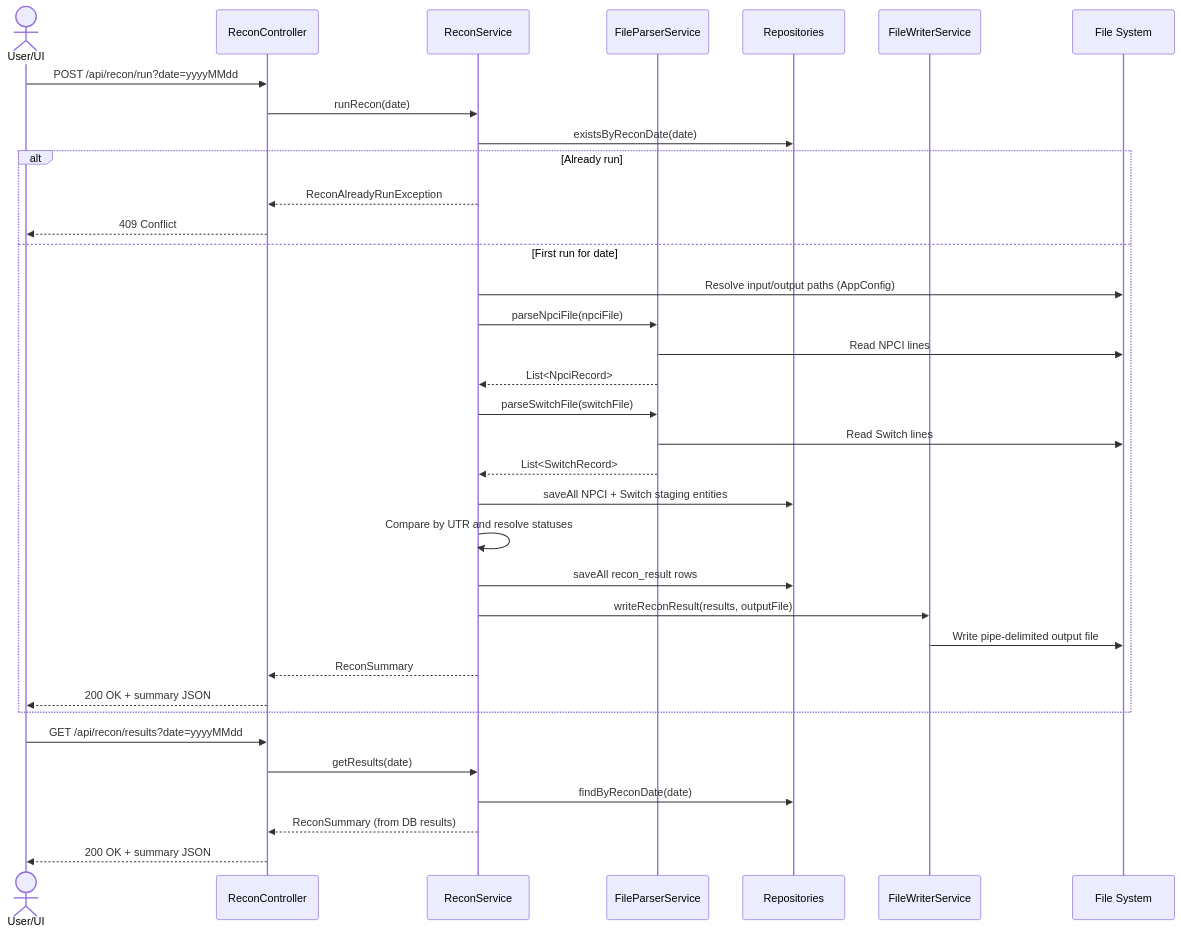
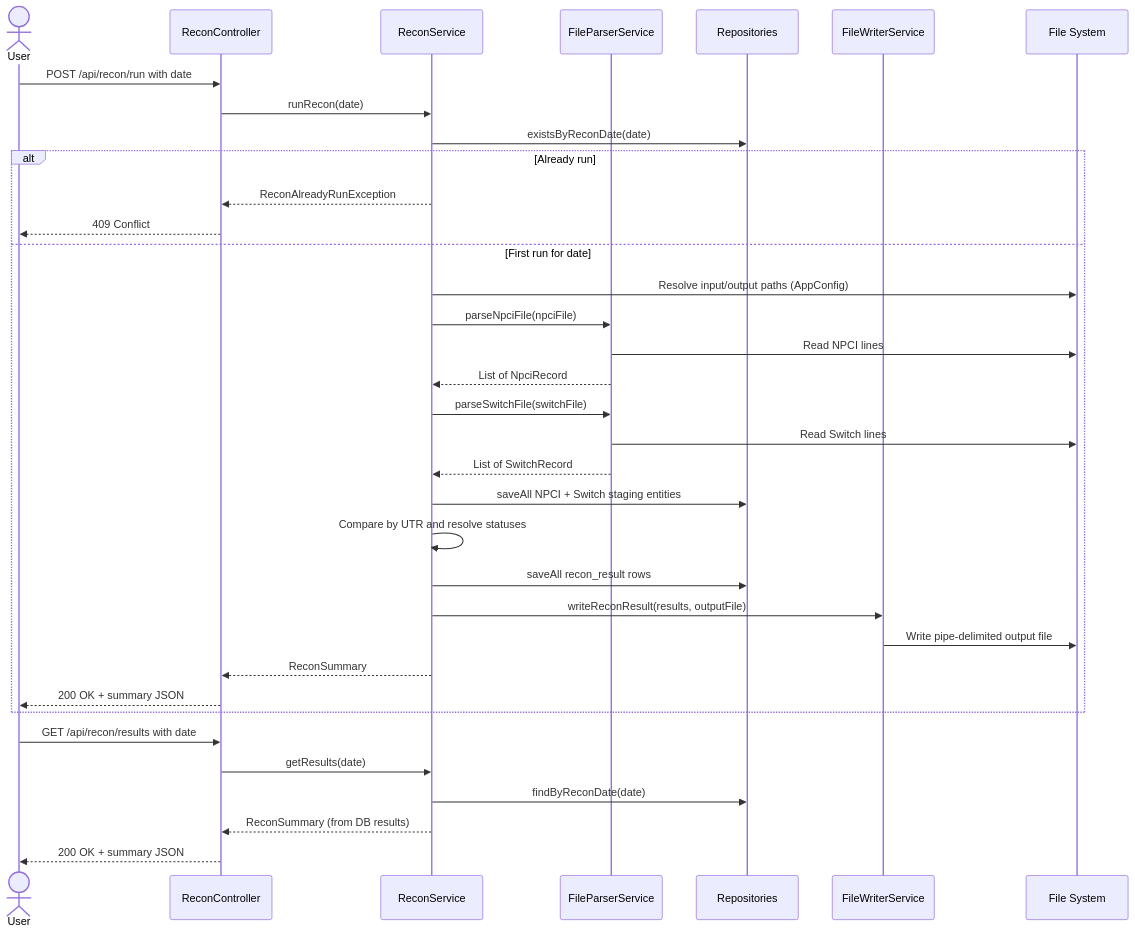
One commit to 913165/recon_app_v1 changed the second of 2 diagrams in diagrams.md. Above: the diagram before and after it, drawn with Mermaid. The commit also changed other lines of this file, not shown here.

Commit message:
diagram commited

````diff
--- a/diagrams.md
+++ b/diagrams.md
@@ -30,39 +30,39 @@
 ```mermaid
 sequenceDiagram
-    actor U as User/UI
+    actor U as User
     participant RC as ReconController
     participant RS as ReconService
     participant FP as FileParserService
     participant DB as Repositories
     participant FW as FileWriterService
     participant FS as File System
 
-    U->>RC: POST /api/recon/run?date=yyyyMMdd
+    U->>RC: POST /api/recon/run with date
     RC->>RS: runRecon(date)
     RS->>DB: existsByReconDate(date)
     alt Already run
         RS-->>RC: ReconAlreadyRunException
         RC-->>U: 409 Conflict
     else First run for date
         RS->>FS: Resolve input/output paths (AppConfig)
         RS->>FP: parseNpciFile(npciFile)
         FP->>FS: Read NPCI lines
-        FP-->>RS: List<NpciRecord>
+        FP-->>RS: List of NpciRecord
         RS->>FP: parseSwitchFile(switchFile)
         FP->>FS: Read Switch lines
-        FP-->>RS: List<SwitchRecord>
+        FP-->>RS: List of SwitchRecord
         RS->>DB: saveAll NPCI + Switch staging entities
         RS->>RS: Compare by UTR and resolve statuses
         RS->>DB: saveAll recon_result rows
         RS->>FW: writeReconResult(results, outputFile)
         FW->>FS: Write pipe-delimited output file
         RS-->>RC: ReconSummary
         RC-->>U: 200 OK + summary JSON
     end
 
-    U->>RC: GET /api/recon/results?date=yyyyMMdd
+    U->>RC: GET /api/recon/results with date
     RC->>RS: getResults(date)
     RS->>DB: findByReconDate(date)
     RS-->>RC: ReconSummary (from DB results)
     RC-->>U: 200 OK + summary JSON
 ```
````
